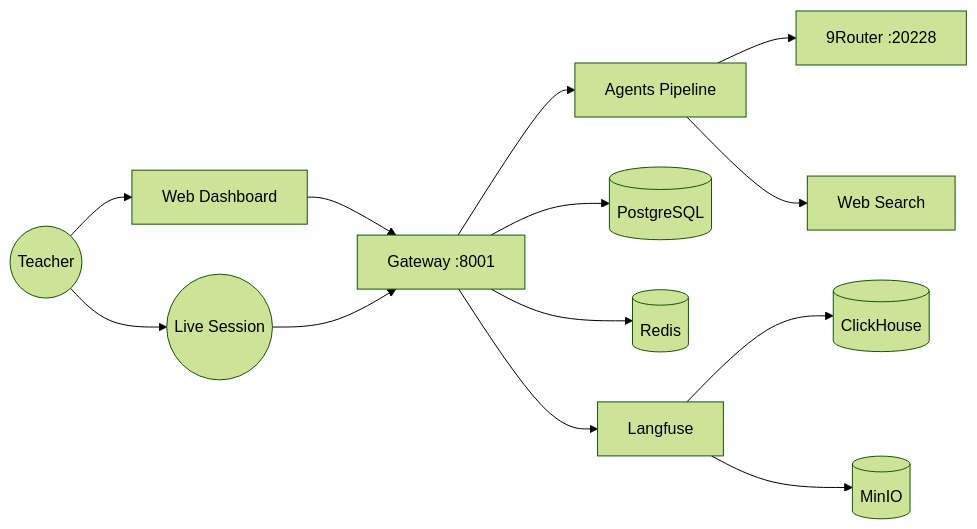
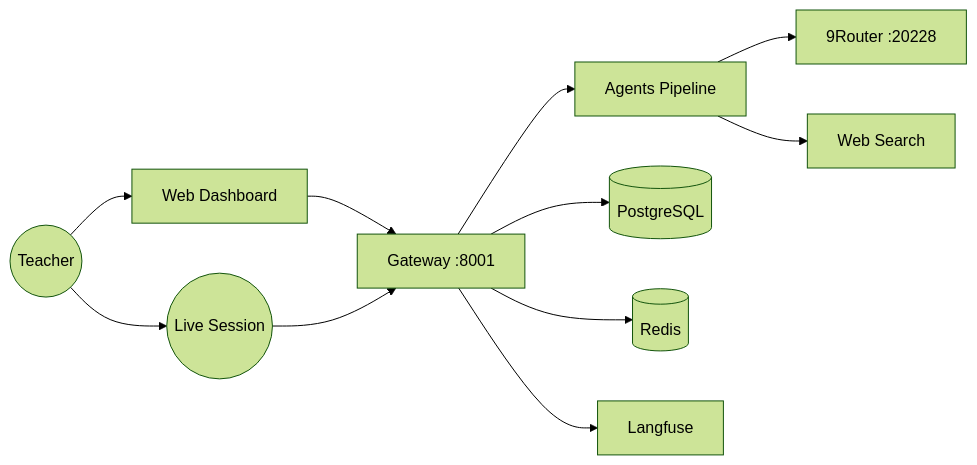
Before and after one commit to maemreyo/oh-my-class: the first of 5 diagrams in docs/anatomy/system-diagram.md, drawn with Mermaid (forest theme). The commit also changed other lines of this file and 8 other files, not shown here.

````diff
--- a/docs/anatomy/system-diagram.md
+++ b/docs/anatomy/system-diagram.md
@@ -5,15 +7,13 @@
 ```mermaid
 graph LR
     teacher((Teacher)) --> web[Web Dashboard]
     teacher --> session((Live Session))
     web --> gateway[Gateway :8001]
     session --> gateway
     gateway --> agents[Agents Pipeline]
     agents --> llm[9Router :20228]
     agents --> search[Web Search]
     gateway --> db[(PostgreSQL)]
     gateway --> redis[(Redis)]
     gateway --> langfuse[Langfuse]
-    langfuse --> clickhouse[(ClickHouse)]
-    langfuse --> minio[(MinIO)]
 ```
````
